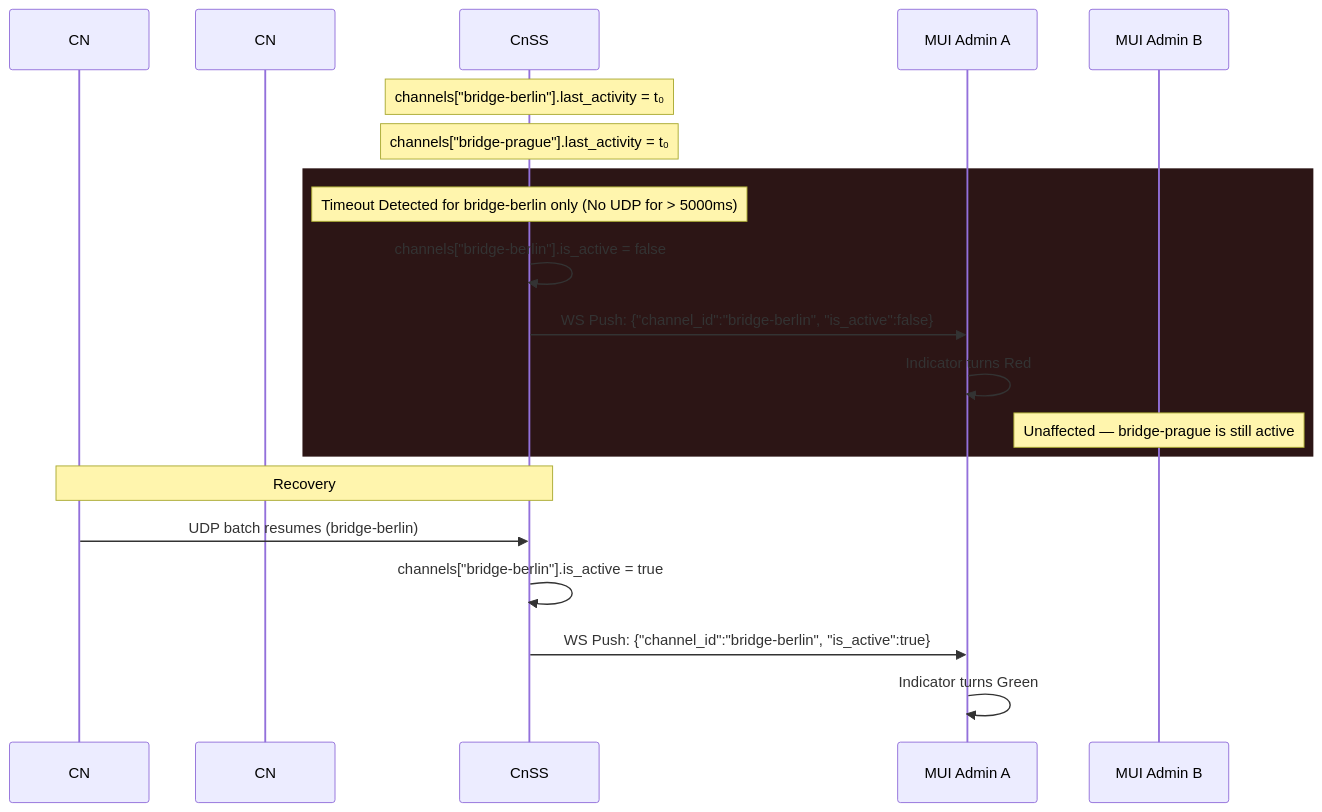
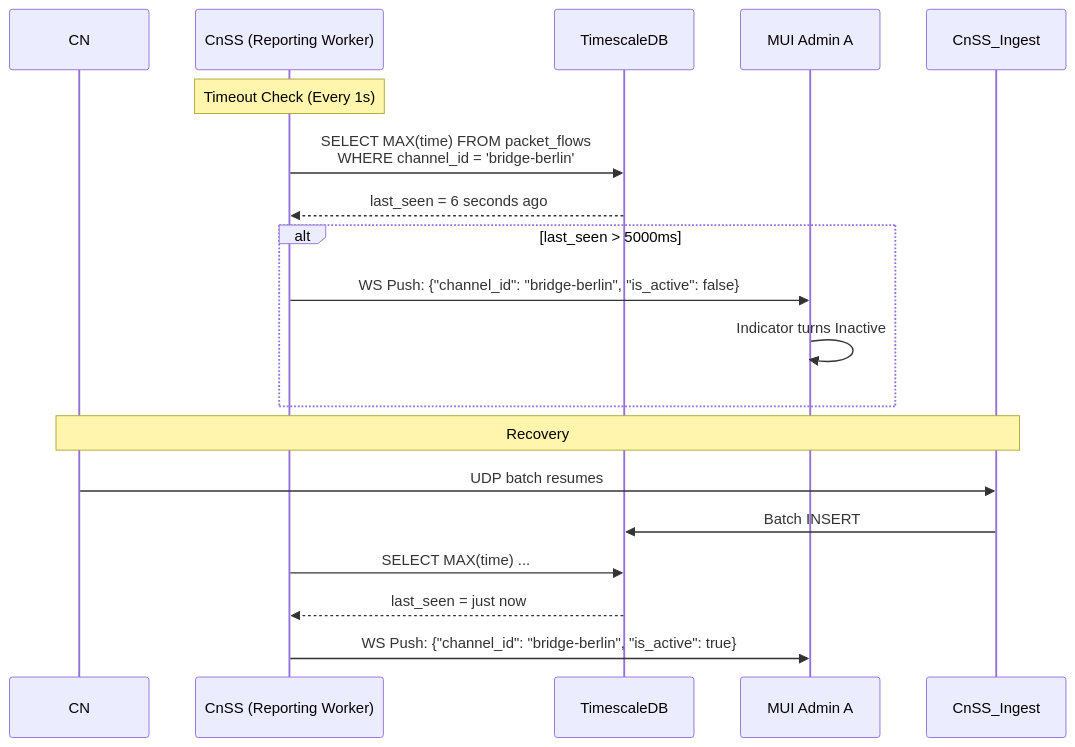
The third of 3 diagrams in docs/system-documentation.md (SWP-47/traffic-processing-platform), drawn with Mermaid before and after one commit. The commit also changed other lines of this file, not shown here.

````diff
--- a/docs/system-documentation.md
+++ b/docs/system-documentation.md
@@ -149,25 +125,23 @@
 ```mermaid
 sequenceDiagram
     participant CN1 as CN #1 (bridge-berlin)
-    participant CN2 as CN #2 (bridge-prague)
-    participant CnSS as CnSS
+    participant CnSS_Report as CnSS (Reporting Worker)
+    participant DB as TimescaleDB
     participant MUI_A as MUI Admin A
-    participant MUI_B as MUI Admin B
 
-    Note over CnSS: channels["bridge-berlin"].last_activity = t₀
-    Note over CnSS: channels["bridge-prague"].last_activity = t₀
-
-    rect rgb(44, 21, 21)
-    Note over CnSS: Timeout Detected for bridge-berlin only (No UDP for > 5000ms)
-    CnSS->>CnSS: channels["bridge-berlin"].is_active = false
-    CnSS->>MUI_A: WS Push: {"channel_id":"bridge-berlin", "is_active":false}
-    MUI_A->>MUI_A: Indicator turns Red
-    Note over MUI_B: Unaffected — bridge-prague is still active
+    Note over CnSS_Report: Timeout Check (Every 1s)
+    CnSS_Report->>DB: SELECT MAX(time) FROM packet_flows <br/> WHERE channel_id = 'bridge-berlin'
+    DB-->>CnSS_Report: last_seen = 6 seconds ago
+    
+    alt last_seen > 5000ms
+        CnSS_Report->>MUI_A: WS Push: {"channel_id": "bridge-berlin", "is_active": false}
+        MUI_A->>MUI_A: Indicator turns Inactive
     end
 
-    Note over CN1, CnSS: Recovery
-    CN1->>CnSS: UDP batch resumes (bridge-berlin)
-    CnSS->>CnSS: channels["bridge-berlin"].is_active = true
-    CnSS->>MUI_A: WS Push: {"channel_id":"bridge-berlin", "is_active":true}
-    MUI_A->>MUI_A: Indicator turns Green
+    Note over CN1, CnSS_Ingest: Recovery
+    CN1->>CnSS_Ingest: UDP batch resumes
+    CnSS_Ingest->>DB: Batch INSERT
+    CnSS_Report->>DB: SELECT MAX(time) ...
+    DB-->>CnSS_Report: last_seen = just now
+    CnSS_Report->>MUI_A: WS Push: {"channel_id": "bridge-berlin", "is_active": true}
 ```
````
